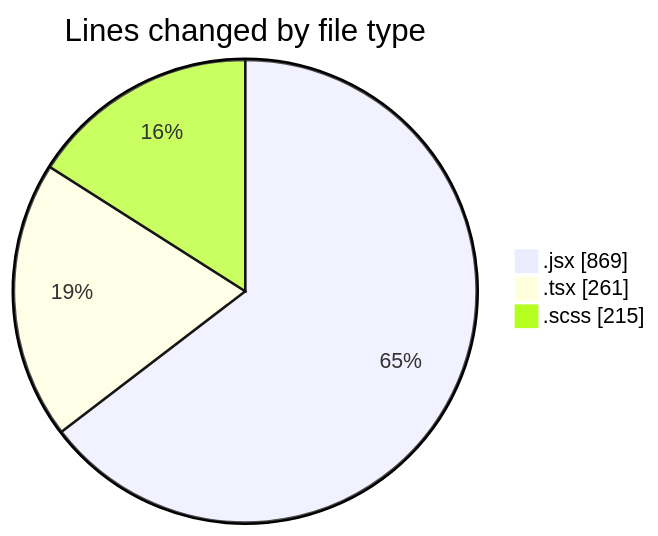
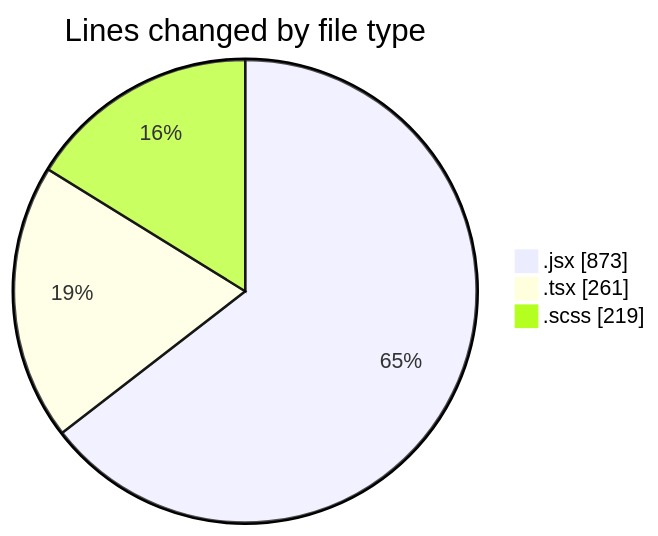
Before and after one commit to momahboobian/code-tracking: the first of 2 diagrams in 2026-02-11/cda/README.md, drawn with Mermaid. The commit also changed other lines of this file and 1 other file, not shown here.

````diff
--- a/2026-02-11/cda/README.md
+++ b/2026-02-11/cda/README.md
@@ -25,7 +25,7 @@
 ```mermaid
 pie showData
 title Lines changed by file type
-".jsx" : 869
+".jsx" : 873
 ".tsx" : 261
-".scss" : 215
+".scss" : 219
 ```
````
